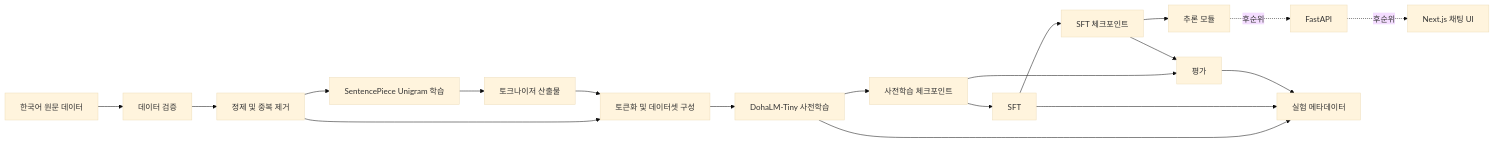
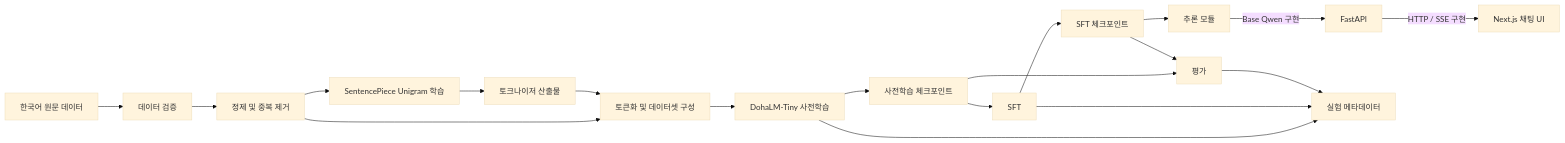
Before and after one commit to DohaStudio/DohaLM: the first of 3 diagrams in docs/architecture/system-architecture.md, drawn with Mermaid (base theme). The commit also changed other lines of this file and 22 other files, not shown here.

````diff
--- a/docs/architecture/system-architecture.md
+++ b/docs/architecture/system-architecture.md
@@ -62,21 +62,21 @@
 ```mermaid
 flowchart LR
     RAW[한국어 원문 데이터] --> VALIDATE[데이터 검증]
     VALIDATE --> CLEAN[정제 및 중복 제거]
     CLEAN --> TOKTRAIN[SentencePiece Unigram 학습]
     TOKTRAIN --> TOKART[토크나이저 산출물]
     CLEAN --> ENCODE[토큰화 및 데이터셋 구성]
     TOKART --> ENCODE
     ENCODE --> PRETRAIN[DohaLM-Tiny 사전학습]
     PRETRAIN --> PRECKPT[사전학습 체크포인트]
     PRECKPT --> SFT[SFT]
     SFT --> SFTCKPT[SFT 체크포인트]
     PRECKPT --> EVAL[평가]
     SFTCKPT --> EVAL
     SFTCKPT --> INFER[추론 모듈]
-    INFER -.->|후순위| API[FastAPI]
-    API -.->|후순위| UI[Next.js 채팅 UI]
+    INFER -->|Base Qwen 구현| API[FastAPI]
+    API -->|HTTP / SSE 구현| UI[Next.js 채팅 UI]
     PRETRAIN --> META[실험 메타데이터]
     SFT --> META
     EVAL --> META
 ```
````
